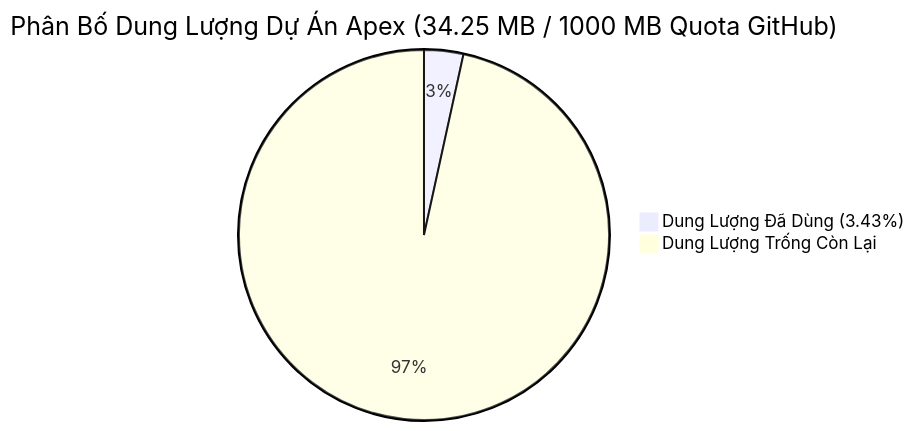
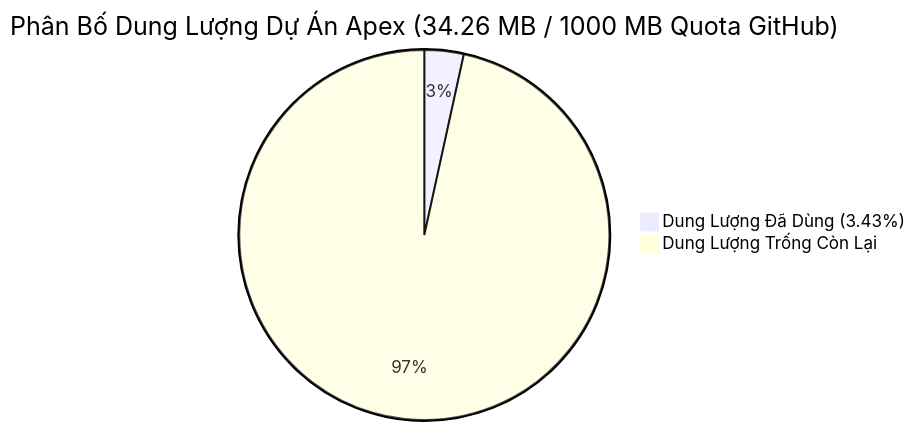
One commit to Thienphuoctran/apex-hedge-fund changed the diagram in 12_Institutional_Ombudsman_And_Inspectorate/daily_audits/2026-11-09_Infrastructure_Health_And_Capacity_Audit.md. Above: the diagram before and after it, drawn with Mermaid. The commit also changed other lines of this file and 44 other files, not shown here.

````diff
--- a/12_Institutional_Ombudsman_And_Inspectorate/daily_audits/2026-11-09_Infrastructure_Health_And_Capacity_Audit.md
+++ b/12_Institutional_Ombudsman_And_Inspectorate/daily_audits/2026-11-09_Infrastructure_Health_And_Capacity_Audit.md
@@ -15,5 +15,5 @@
 ```mermaid
-pie title Phân Bố Dung Lượng Dự Án Apex (34.25 MB / 1000 MB Quota GitHub)
-    "Dung Lượng Đã Dùng (3.43%)" : 34.25
-    "Dung Lượng Trống Còn Lại" : 965.75
+pie title Phân Bố Dung Lượng Dự Án Apex (34.26 MB / 1000 MB Quota GitHub)
+    "Dung Lượng Đã Dùng (3.43%)" : 34.26
+    "Dung Lượng Trống Còn Lại" : 965.74
 ```
````
